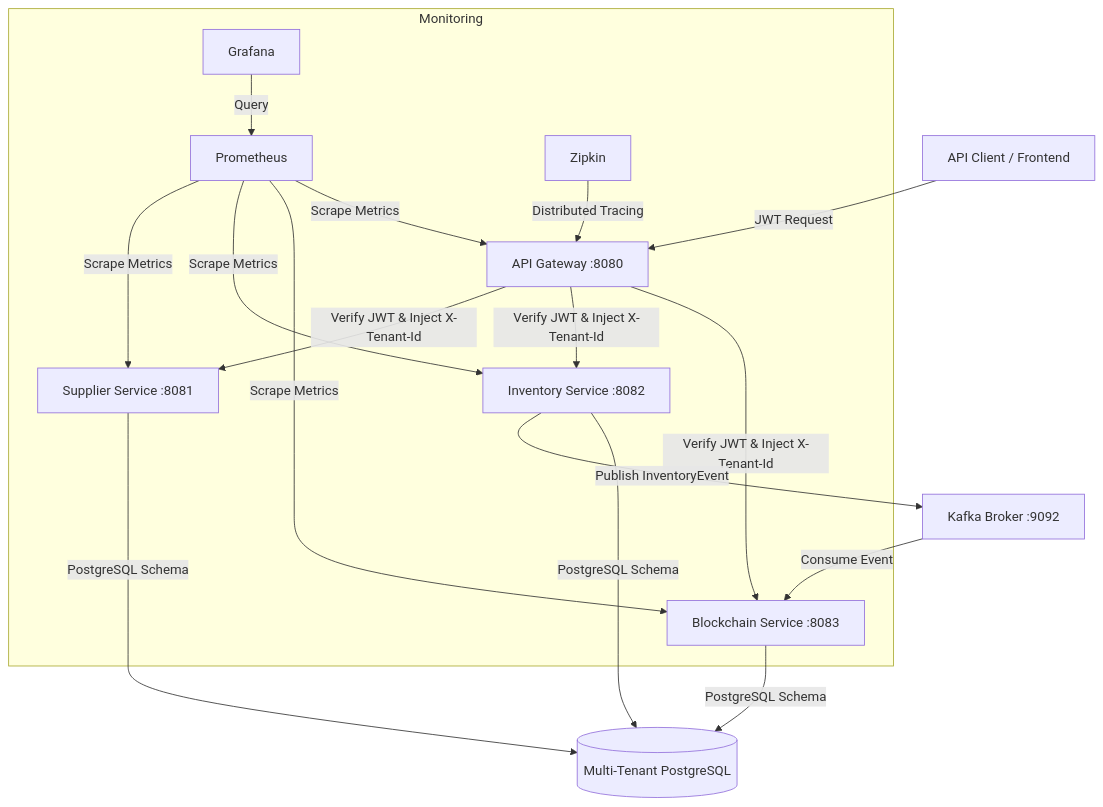
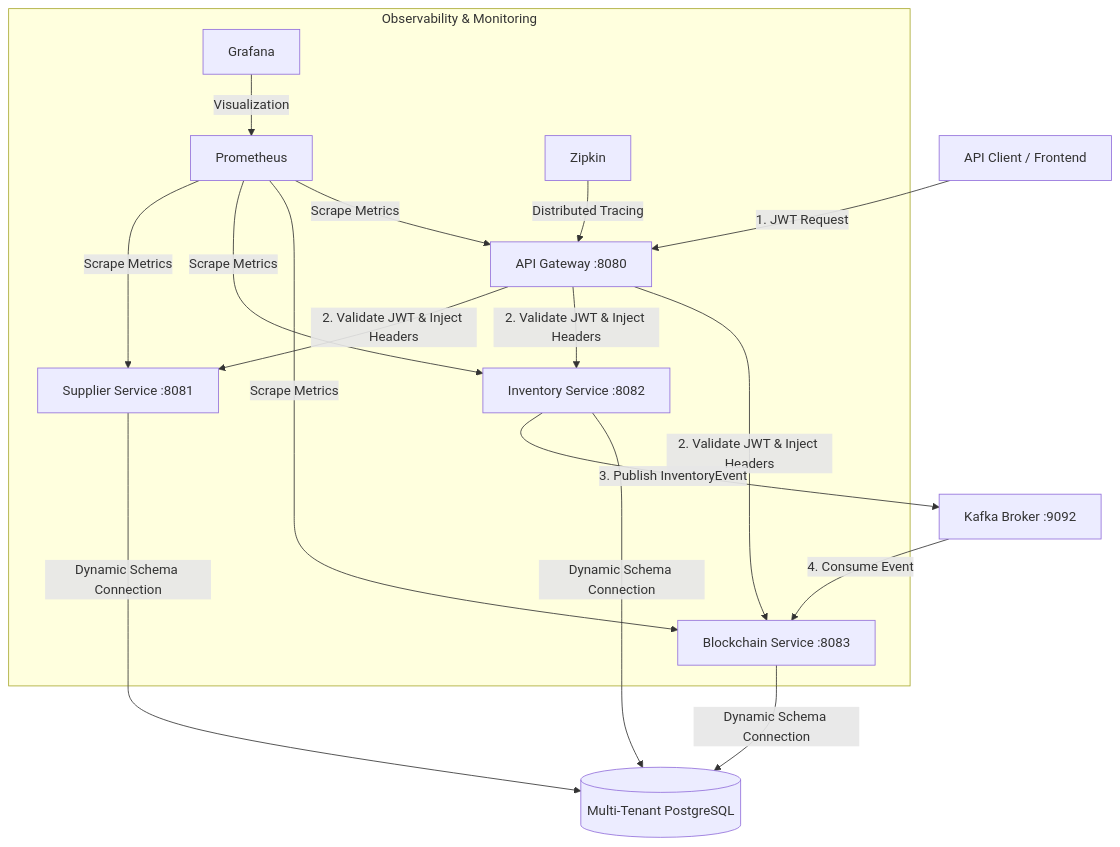
The diagram in README.md (srihernogo/supply-chain-platform), drawn with Mermaid before and after one commit. The commit also changed other lines of this file and 1 other file, not shown here.

````diff
--- a/README.md
+++ b/README.md
@@ -11,23 +15,23 @@
 ```mermaid
 graph TD
-    Client[API Client / Frontend] -->|JWT Request| Gateway[API Gateway :8080]
-    Gateway -->|Verify JWT & Inject X-Tenant-Id| Supplier[Supplier Service :8081]
-    Gateway -->|Verify JWT & Inject X-Tenant-Id| Inventory[Inventory Service :8082]
-    Gateway -->|Verify JWT & Inject X-Tenant-Id| Blockchain[Blockchain Service :8083]
+    Client[API Client / Frontend] -->|1. JWT Request| Gateway[API Gateway :8080]
+    Gateway -->|2. Validate JWT & Inject Headers| Supplier[Supplier Service :8081]
+    Gateway -->|2. Validate JWT & Inject Headers| Inventory[Inventory Service :8082]
+    Gateway -->|2. Validate JWT & Inject Headers| Blockchain[Blockchain Service :8083]
 
-    Inventory -->|Publish InventoryEvent| Kafka[Kafka Broker :9092]
-    Kafka -->|Consume Event| Blockchain
+    Inventory -->|3. Publish InventoryEvent| Kafka[Kafka Broker :9092]
+    Kafka -->|4. Consume Event| Blockchain
 
-    Supplier -->|PostgreSQL Schema| DB[(Multi-Tenant PostgreSQL)]
-    Inventory -->|PostgreSQL Schema| DB
-    Blockchain -->|PostgreSQL Schema| DB
+    Supplier -->|Dynamic Schema Connection| DB[(Multi-Tenant PostgreSQL)]
+    Inventory -->|Dynamic Schema Connection| DB
+    Blockchain -->|Dynamic Schema Connection| DB
 
-    subgraph Monitoring
+    subgraph Observability & Monitoring
         Prometheus[Prometheus] -->|Scrape Metrics| Supplier
         Prometheus -->|Scrape Metrics| Inventory
         Prometheus -->|Scrape Metrics| Blockchain
         Prometheus -->|Scrape Metrics| Gateway
-        Grafana[Grafana] -->|Query| Prometheus
+        Grafana[Grafana] -->|Visualization| Prometheus
         Zipkin[Zipkin] -->|Distributed Tracing| Gateway
     end
 ```
````
